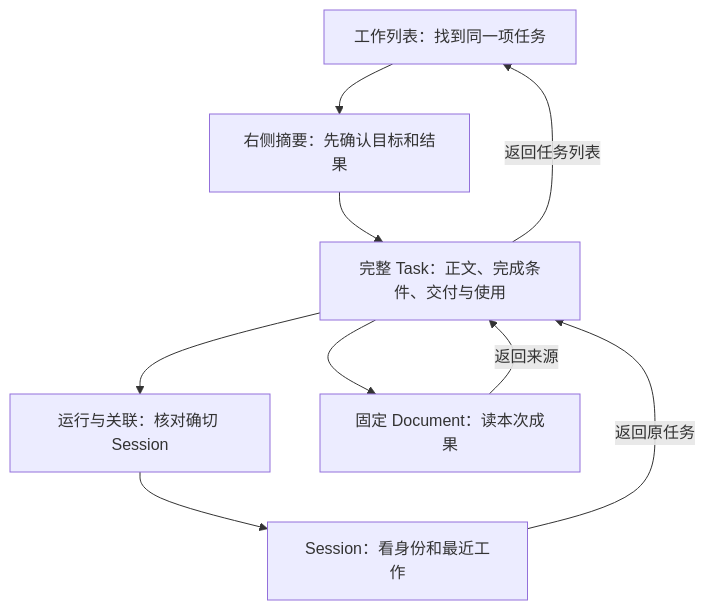
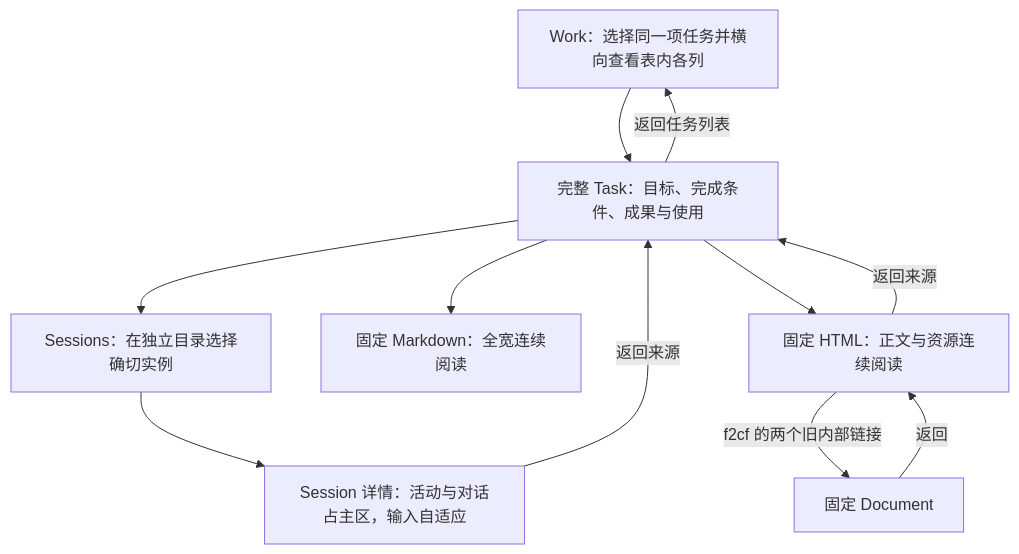
The diagram in docs/frontend/journeys/current-work.md (cyl19970726/evoLoop), drawn with Mermaid before and after one commit. The commit also changed other lines of this file and 11 other files, not shown here.

````diff
--- a/docs/frontend/journeys/current-work.md
+++ b/docs/frontend/journeys/current-work.md
@@ -11,11 +11,13 @@
 ```mermaid
 flowchart TB
-  A["工作列表：找到同一项任务"] --> B["右侧摘要：先确认目标和结果"]
-  B --> C["完整 Task：正文、完成条件、交付与使用"]
-  C --> D["运行与关联：核对确切 Session"]
-  D --> E["Session：看身份和最近工作"]
-  E -->|返回原任务| C
-  C --> F["固定 Document：读本次成果"]
-  F -->|返回来源| C
-  C -->|返回任务列表| A
+  A["Work：选择同一项任务并横向查看表内各列"] --> B["完整 Task：目标、完成条件、成果与使用"]
+  B --> C["Sessions：在独立目录选择确切实例"]
+  C --> D["Session 详情：活动与对话占主区，输入自适应"]
+  D -->|返回来源| B
+  B --> E["固定 Markdown：全宽连续阅读"]
+  B --> F["固定 HTML：正文与资源连续阅读"]
+  F -->|f2cf 的两个旧内部链接| G["固定 Document"]
+  G -->|返回| F
+  F -->|返回来源| B
+  B -->|返回任务列表| A
 ```
````
